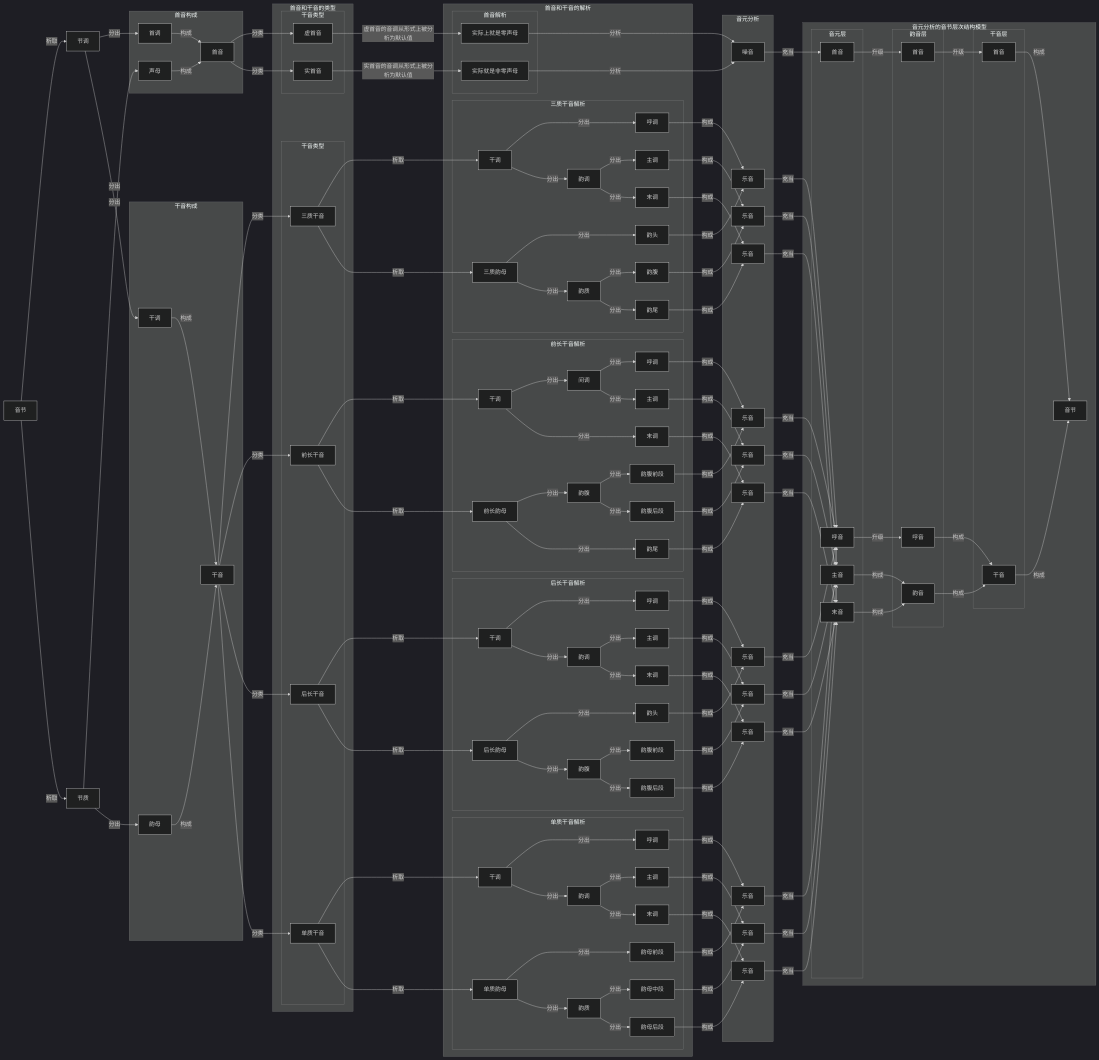
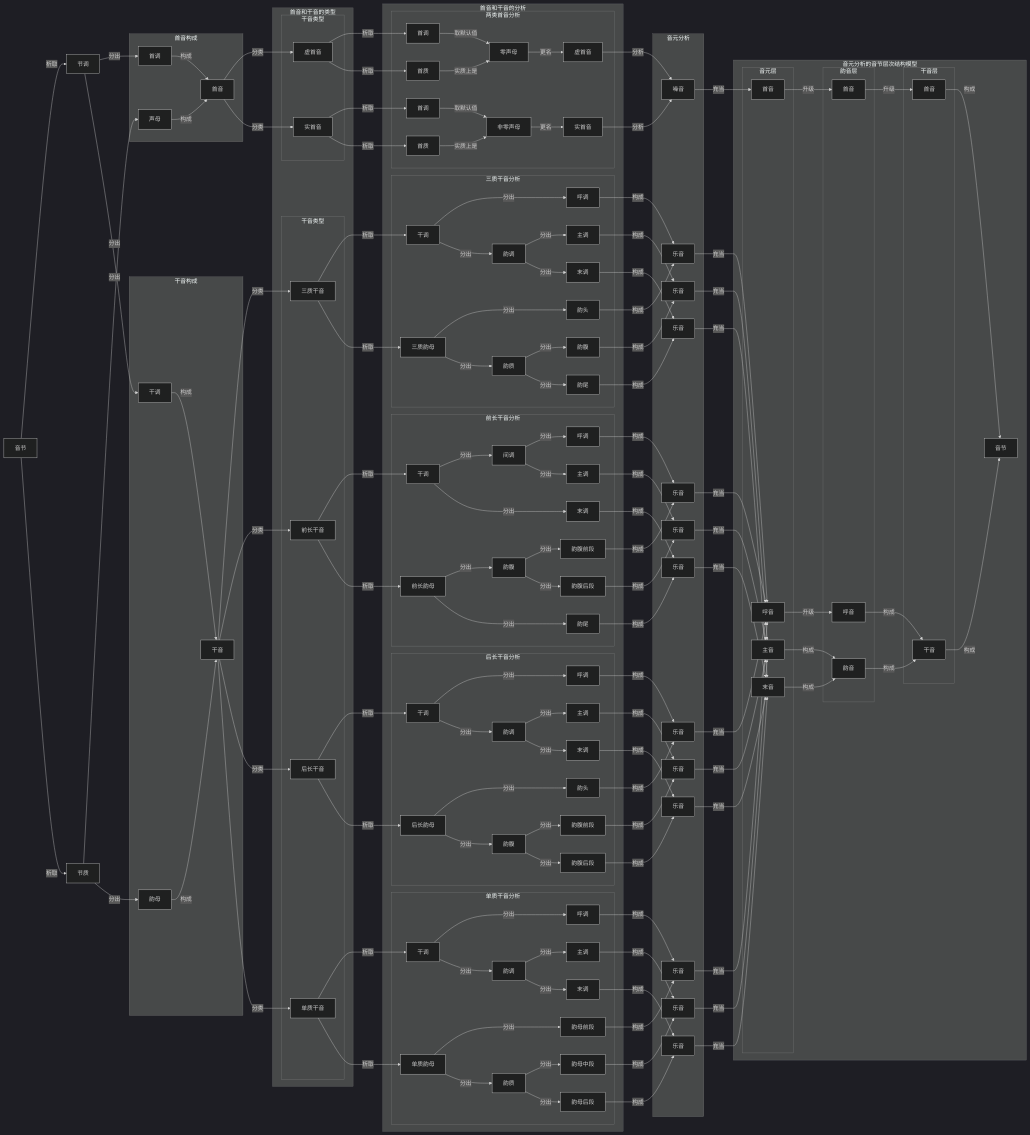
The second of 2 diagrams in syllable/analysis/slice/音元分析的流程.md (tsaanghwang/Yime-prototype), drawn with Mermaid (dark theme) before and after one commit. The commit also changed other lines of this file and 4 other files, not shown here.

```diff
--- a/syllable/analysis/slice/音元分析的流程.md
+++ b/syllable/analysis/slice/音元分析的流程.md
@@ -20,13 +20,13 @@
 
 
       subgraph ShouyinComposition["首音构成"]
-         首调 --> |构成|DecomposingShouyin[首音]
-         声母 --> |构成|DecomposingShouyin[首音]
-      end
+          首调 --> |构成|DecomposingShouyin[首音]
+          声母 --> |构成|DecomposingShouyin[首音]
+          end
       subgraph GanyinComposition["干音构成"]
-         干调 --> |构成|DecomposingGanyin[干音]
-         韵母 --> |构成|DecomposingGanyin[干音]
-      end
+          干调 --> |构成|DecomposingGanyin[干音]
+          韵母 --> |构成|DecomposingGanyin[干音]
+          end
       subgraph 首音和干音["首音和干音的类型"]
           subgraph ShouyinCategories["干音类型"]
               DecomposingShouyin --> |分类|XuShouyin[虚首音]
@@ -39,13 +39,15 @@
               DecomposingGanyin --> |分类|SingleQualityGanyin[单质干音]
           end
       end
-   subgraph 分析["首音和干音的解析"]
-    subgraph 首音分析["首音解析"]
-        XuShouyin --> |虚首音的音调从形式上被分析为默认值|零声母[实际上就是零声母]
-        ShiShouyin --> |实首音的音调从形式上被分析为默认值|非零声母[实际就是非零声母]
+   subgraph 首音和干音的分析["首音和干音的分析"]
+    subgraph 首音分析["两类首音分析"]
+        XuShouyin --> |析取|虚首音的音调[首调] --> |取默认值|零声母[零声母]
+        XuShouyin --> |析取|虚首音的音质[首质] --> |实质上是|零声母[零声母]--> |更名|虚首音[虚首音]
+        ShiShouyin --> |析取|实首音的音调[首调] --> |取默认值|非零声母[非零声母 ]
+        ShiShouyin --> |析取|实首音的音质[首质] --> |实质上是|非零声母[非零声母] --> |更名|实首音[实首音]
       end
 
-      subgraph DecomposingSingleQualityGanyin["单质干音解析"]
+      subgraph DecomposingSingleQualityGanyin["单质干音分析"]
 
       SingleQualityGanyin --> |析取|SQGandiao[干调]
       SQGandiao --> |分出|SQHudiao[呼调]
@@ -61,7 +63,7 @@
 
       end
 
-      subgraph DecomposingBackLongGanyin["后长干音解析"]
+      subgraph DecomposingBackLongGanyin["后长干音分析"]
 
       BackLongGanyin --> |析取|BLGandiao[干调]
       BLGandiao --> |分出|BLHudiao[呼调]
@@ -77,7 +79,7 @@
 
       end
 
-      subgraph DecomposingFrontLongGanyin["前长干音解析"]
+      subgraph DecomposingFrontLongGanyin["前长干音分析"]
 
       FrontLongGanyin --> |析取|FLGandiao[干调]
       FLGandiao --> |分出|FLJiandiao[间调]
@@ -93,7 +95,7 @@
 
       end
 
-      subgraph DecomposingTriQualityGanyin["三质干音解析"]
+      subgraph DecomposingTriQualityGanyin["三质干音分析"]
 
       TriQualityGanyin --> |析取|TQGandiao[干调]
       TQGandiao --> |分出|TQHudiao[呼调]
@@ -111,8 +113,8 @@
    end
 
    subgraph Yinyuan["音元分析"]
-   零声母[实际上就是零声母] --> |分析|Zaoyin[噪音]
-   非零声母[实际就是非零声母] --> |分析|Zaoyin[噪音]
+   虚首音[虚首音] --> |分析|Zaoyin[噪音]
+   实首音[实首音] --> |分析|Zaoyin[噪音]
 
    SQHudiao --> |构成|SQYueyin1[乐音]
    SQHuzhi --> |构成|SQYueyin1[乐音]
```
